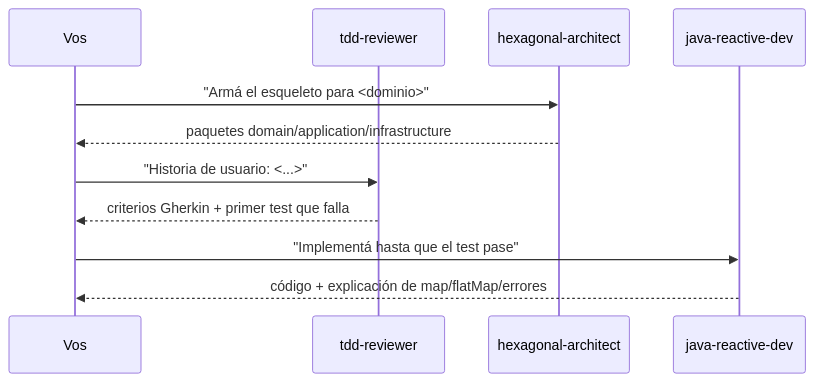
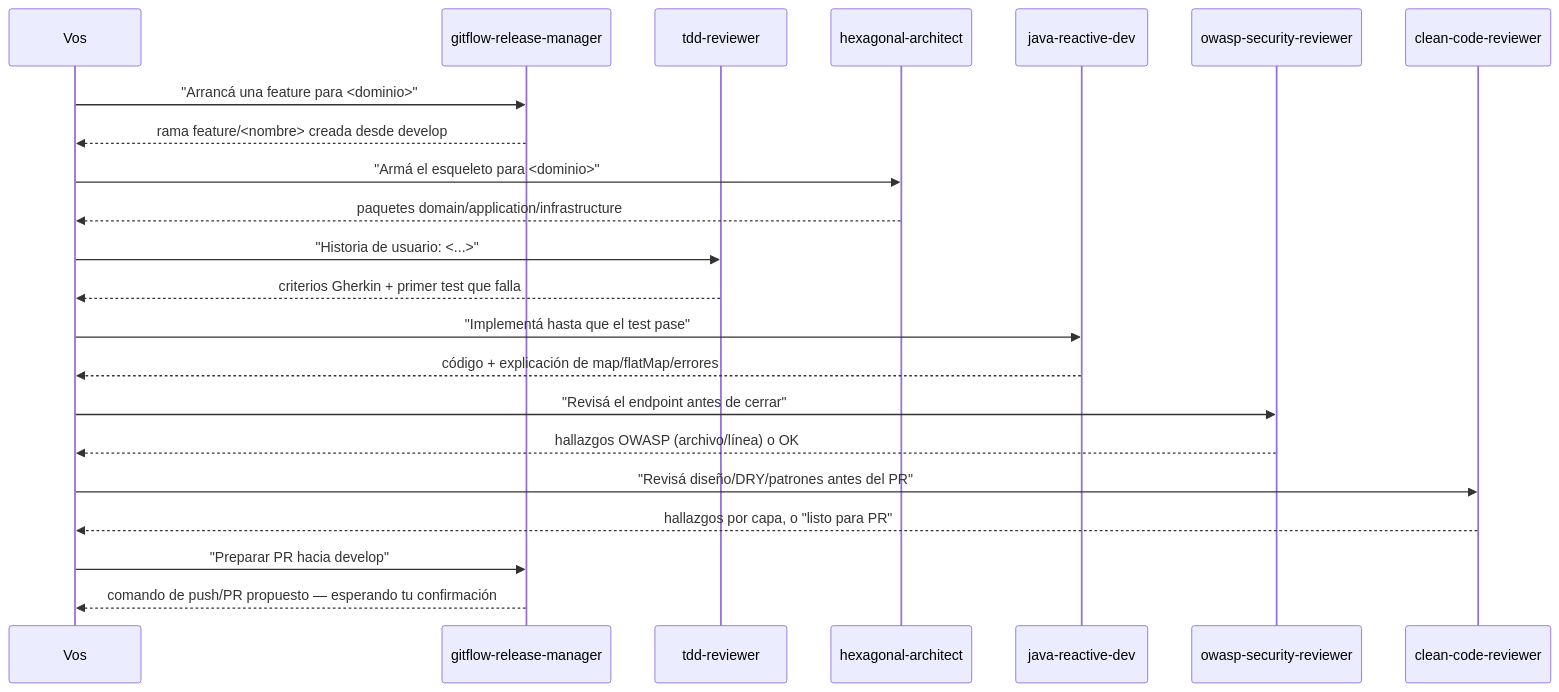
The diagram in ia-agentes/README.md (edzamo/software-engineering), drawn with Mermaid before and after one commit. The commit also changed other lines of this file and 28 other files, not shown here.

First line of the commit message:
feat: add OWASP security reviewer and TDD reviewer agents

````diff
--- a/ia-agentes/README.md
+++ b/ia-agentes/README.md
@@ -35,14 +55,24 @@
 ```mermaid
 sequenceDiagram
     participant Vos
+    participant gitflow-release-manager
     participant tdd-reviewer
     participant hexagonal-architect
     participant java-reactive-dev
+    participant owasp-security-reviewer
 
+    Vos->>gitflow-release-manager: "Arrancá una feature para <dominio>"
+    gitflow-release-manager-->>Vos: rama feature/<nombre> creada desde develop
     Vos->>hexagonal-architect: "Armá el esqueleto para <dominio>"
     hexagonal-architect-->>Vos: paquetes domain/application/infrastructure
     Vos->>tdd-reviewer: "Historia de usuario: <...>"
     tdd-reviewer-->>Vos: criterios Gherkin + primer test que falla
     Vos->>java-reactive-dev: "Implementá hasta que el test pase"
     java-reactive-dev-->>Vos: código + explicación de map/flatMap/errores
+    Vos->>owasp-security-reviewer: "Revisá el endpoint antes de cerrar"
+    owasp-security-reviewer-->>Vos: hallazgos OWASP (archivo/línea) o OK
+    Vos->>clean-code-reviewer: "Revisá diseño/DRY/patrones antes del PR"
+    clean-code-reviewer-->>Vos: hallazgos por capa, o "listo para PR"
+    Vos->>gitflow-release-manager: "Preparar PR hacia develop"
+    gitflow-release-manager-->>Vos: comando de push/PR propuesto — esperando tu confirmación
 ```
````
